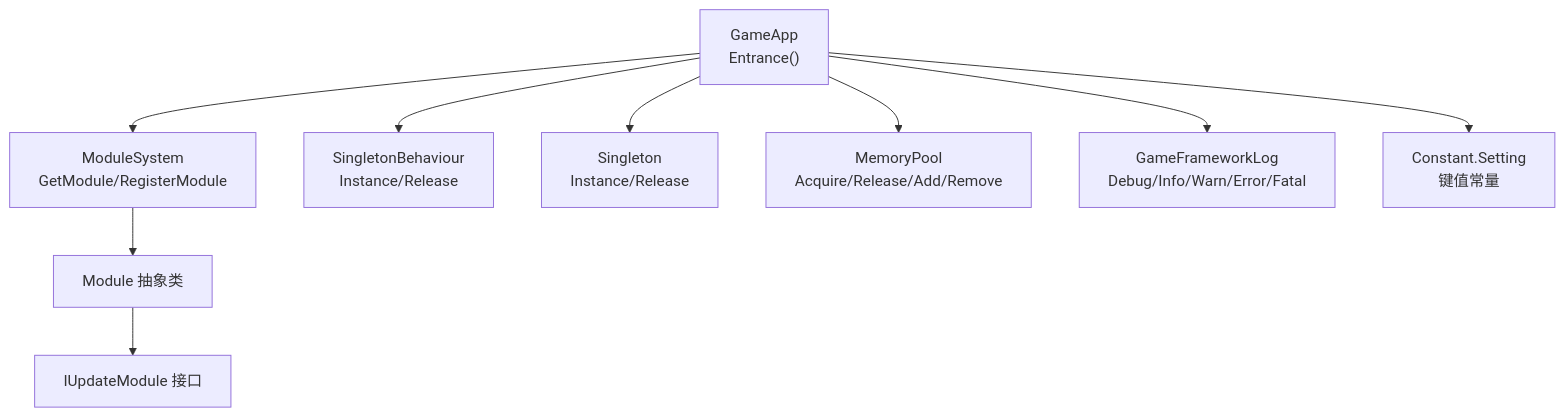
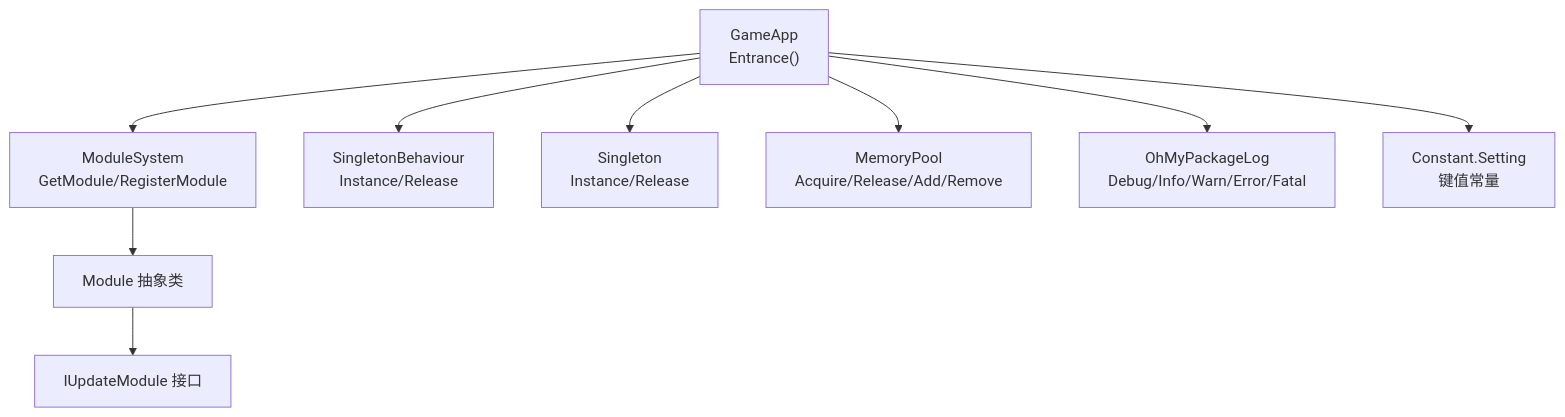
One commit to OxygenIsland/MyGame changed the second of 6 diagrams in repowiki/zh/content/开发者指南/代码规范与标准.md. Above: the diagram before and after it, drawn with Mermaid. The commit also changed other lines of this file and 34 other files, not shown here.

````diff
--- a/repowiki/zh/content/开发者指南/代码规范与标准.md
+++ b/repowiki/zh/content/开发者指南/代码规范与标准.md
@@ -114,11 +114,11 @@
 ```mermaid
 graph TB
 GA["GameApp<br/>Entrance()"] --> MS["ModuleSystem<br/>GetModule/RegisterModule"]
 MS --> M["Module 抽象类"]
 M --> UM["IUpdateModule 接口"]
 GA --> SB["SingletonBehaviour<T><br/>Instance/Release"]
 GA --> S["Singleton<T><br/>Instance/Release"]
 GA --> MP["MemoryPool<br/>Acquire/Release/Add/Remove"]
-GA --> LG["GameFrameworkLog<br/>Debug/Info/Warn/Error/Fatal"]
+GA --> LG["OhMyPackageLog<br/>Debug/Info/Warn/Error/Fatal"]
 GA --> CT["Constant.Setting<br/>键值常量"]
 ```
````
